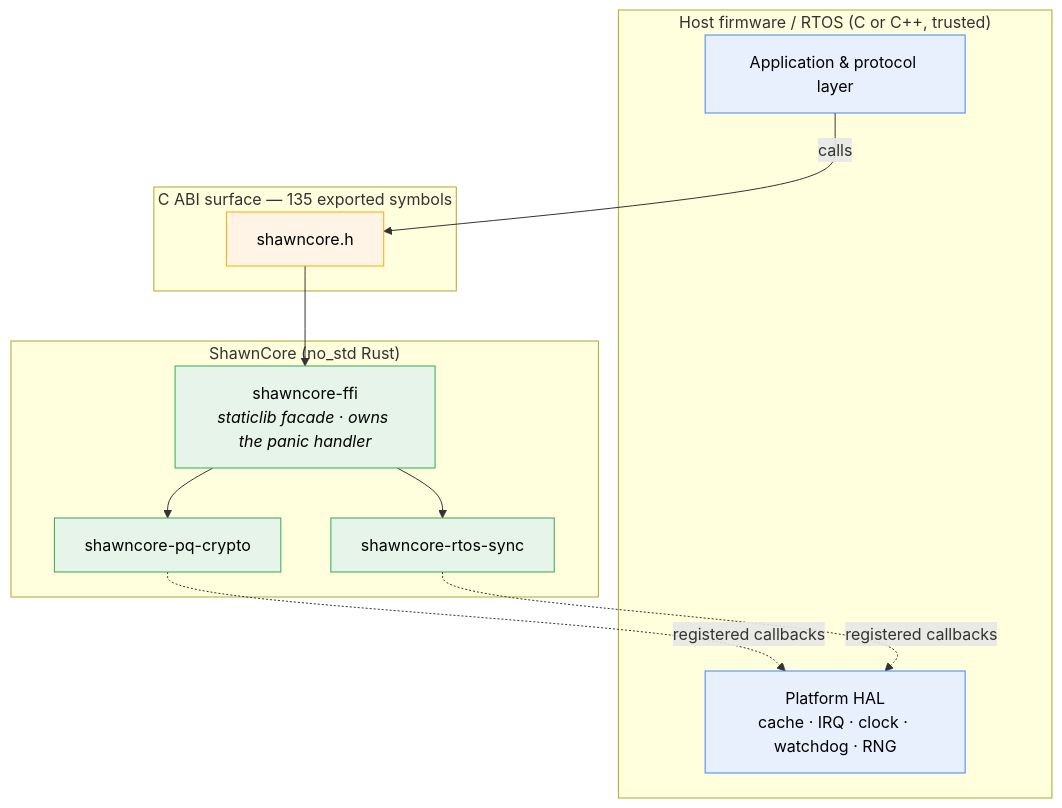
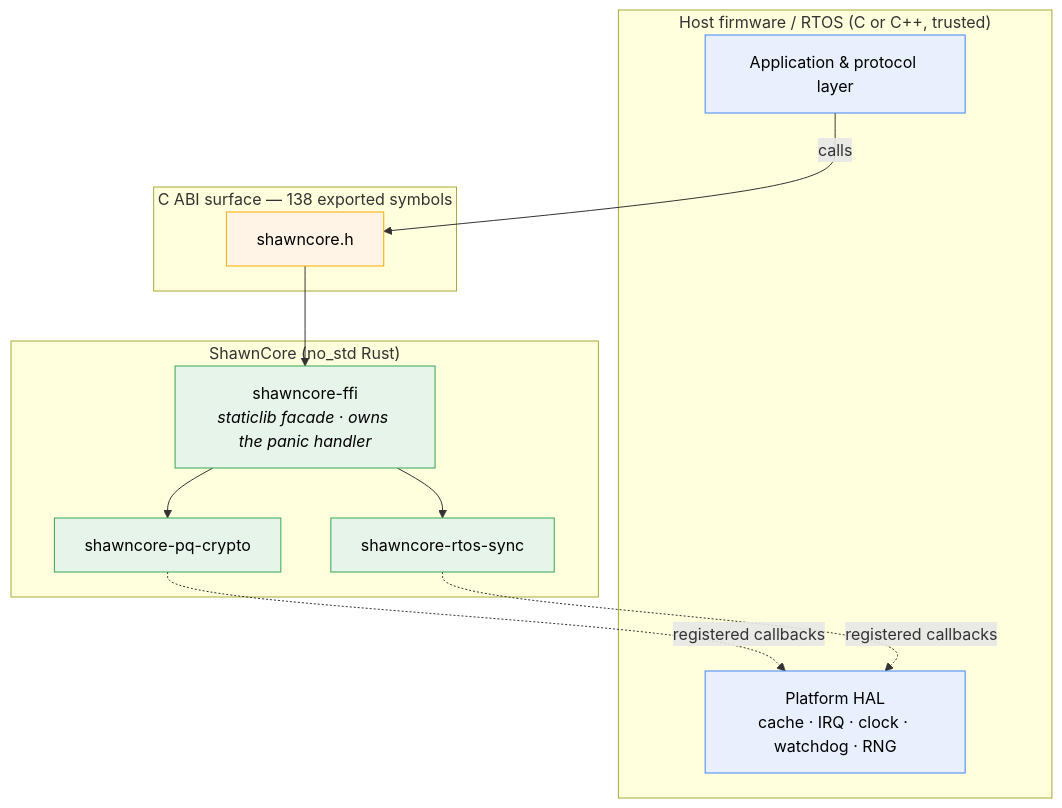
The first of 12 diagrams in ARCHITECTURE.md (shawnphillips005AI/ShawnCore-Libraries), drawn with Mermaid before and after one commit. The commit also changed other lines of this file and 17 other files, not shown here.

````diff
--- a/ARCHITECTURE.md
+++ b/ARCHITECTURE.md
@@ -48,31 +48,31 @@
 ```mermaid
 graph TD
     subgraph HOST["Host firmware / RTOS  (C or C++, trusted)"]
         APP["Application &amp; protocol layer"]
         HAL["Platform HAL<br/>cache · IRQ · clock · watchdog · RNG"]
     end
 
-    subgraph ABI["C ABI surface — 135 exported symbols"]
+    subgraph ABI["C ABI surface — 138 exported symbols"]
         HDR["shawncore.h"]
     end
 
     subgraph RUST["ShawnCore (no_std Rust)"]
         FFI["shawncore-ffi<br/><i>staticlib facade · owns the panic handler</i>"]
         PQ["shawncore-pq-crypto"]
         RT["shawncore-rtos-sync"]
     end
 
     APP -->|calls| HDR
     HDR --> FFI
     FFI --> PQ
     FFI --> RT
     PQ -.->|registered callbacks| HAL
     RT -.->|registered callbacks| HAL
 
     classDef host fill:#e8f0fe,stroke:#4285f4,color:#000
     classDef abi fill:#fff4e5,stroke:#f9ab00,color:#000
     classDef rust fill:#e6f4ea,stroke:#34a853,color:#000
     class APP,HAL host
     class HDR abi
     class FFI,PQ,RT rust
 ```
````
